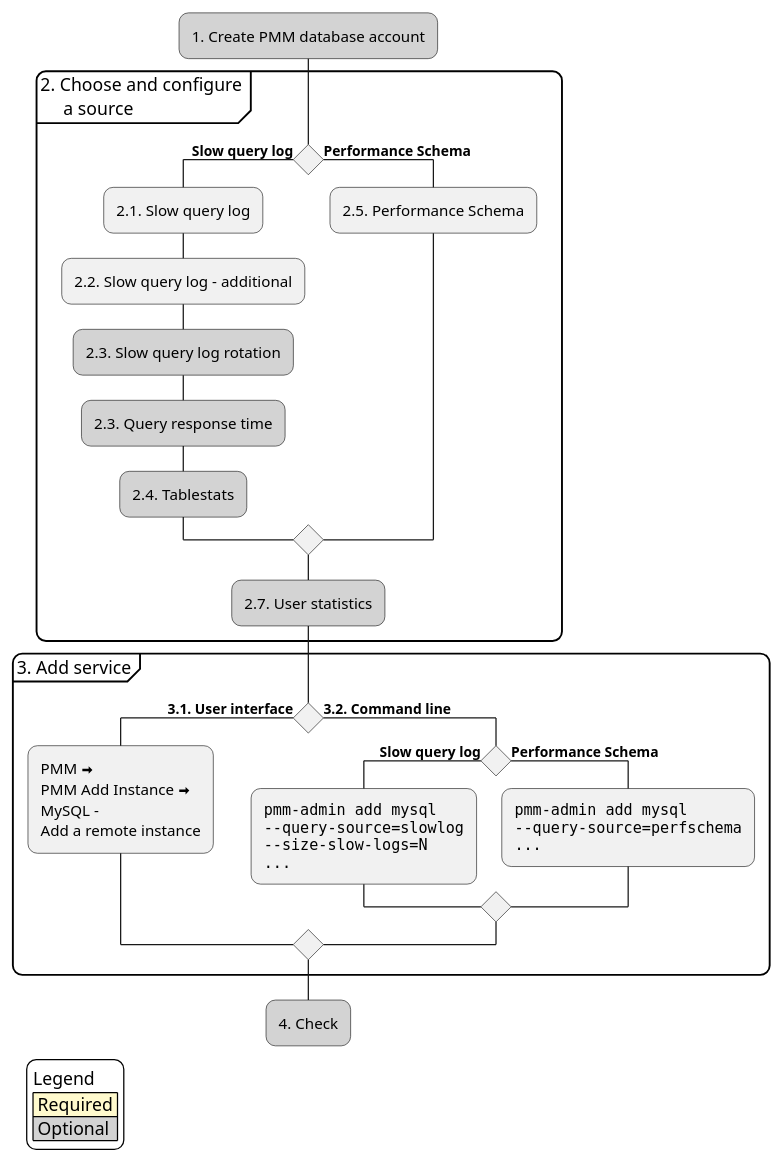
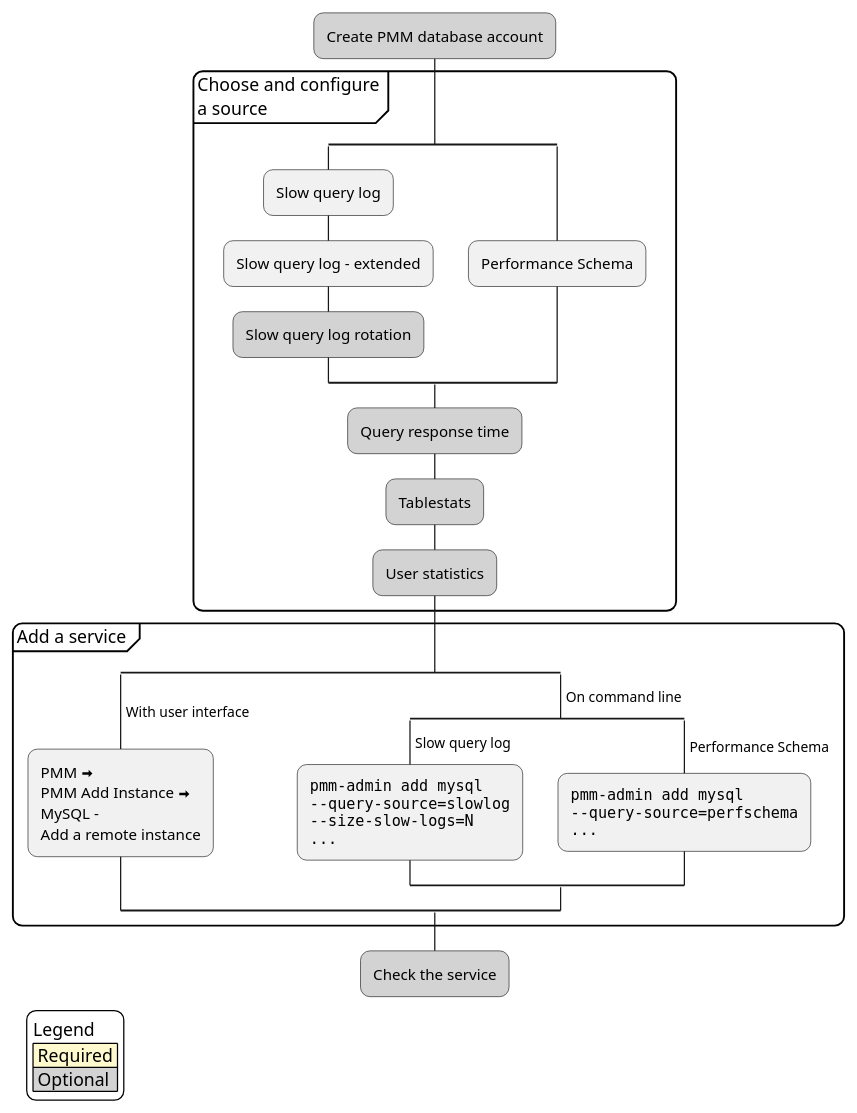
Before and after one commit to percona/pmm-doc: the diagram in _resources/diagrams/Setting-Up_Client_MySQL.puml, drawn with PlantUML. The commit also changed 1 other file, not shown here.

```diff
--- a/_resources/diagrams/Setting-Up_Client_MySQL.puml
+++ b/_resources/diagrams/Setting-Up_Client_MySQL.puml
@@ -6,46 +6,50 @@
 @startuml "setting-up_client_mysql"
 skinparam ArrowHeadColor none
 skinparam roundCorner 15
 skinparam legendBackgroundColor #0000
 'title "Setting up PMM Client to monitor a MySQL host\nOverview\n"
 legend bottom left
 Legend
 <#lemonchiffon>| Required |
 <#lightgrey>| Optional |
 endlegend
 
-#lightgrey:1. Create PMM database account;
-partition "2. Choose and configure\n     a source" {
-	if () then (**Slow query log**)
-		:2.1. Slow query log;
-		:2.2. Slow query log - additional;
-		#lightgrey:2.3. Slow query log rotation;
-		#lightgrey:2.3. Query response time;
-		#lightgrey:2.4. Tablestats;
-	else (**Performance Schema**)
-		:2.5. Performance Schema;
-	endif
-	#lightgrey:2.7. User statistics;
+#lightgrey:Create PMM database account;
+partition "Choose and configure\na source" {
+	split
+		:Slow query log;
+		:Slow query log - extended;
+		#lightgrey:Slow query log rotation;
+	split again
+		:Performance Schema;
+	end split
+	#lightgrey:Query response time;
+	#lightgrey:Tablestats;
+	#lightgrey:User statistics;
 }
-partition "3. Add service" {
-	if () then (**3.1. User interface**)
+partition "Add a service " {
+	split
+	-> With user interface;
 		:PMM <&arrow-thick-right>\nPMM Add Instance <&arrow-thick-right>\nMySQL -\nAdd a remote instance;
-	else (**3.2. Command line**)
-		if () then (**Slow query log**)
+	split again
+	-> On command line;
+		split
+			-> Slow query log;
 			:<code>
 			pmm-admin add mysql
 			--query-source=slowlog
 			--size-slow-logs=N
 			...
 			</code>;
-		else (**Performance Schema**)
+		split again
+			-> Performance Schema;
 			:<code>
 			pmm-admin add mysql
 			--query-source=perfschema
 			...
 			</code>;
-		endif
-	endif
+		end split
+	end split
 }
-#lightgrey:4. Check;
+#lightgrey:Check the service;
 @enduml
```
